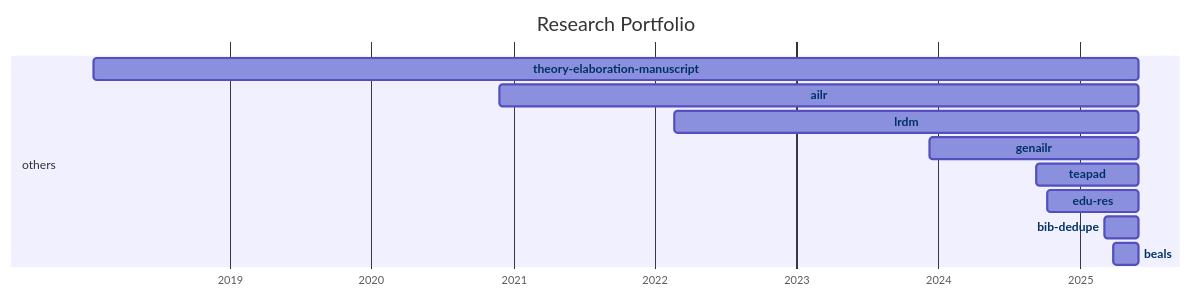
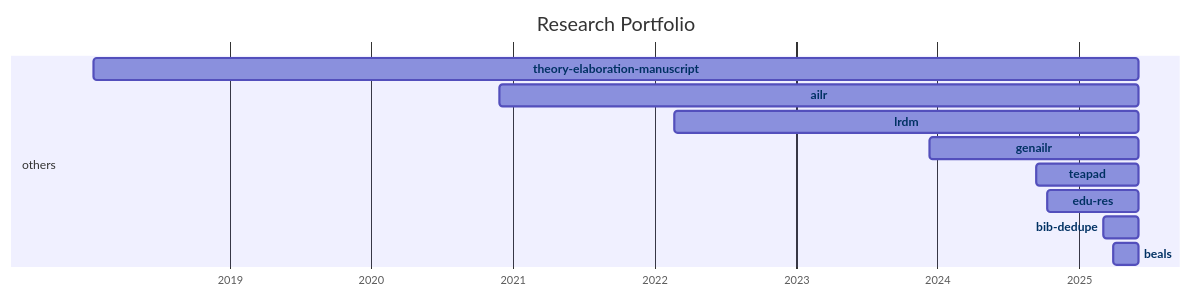
Before and after one commit to digital-work-lab/handbook: the diagram in docs/20-research/25-projects-gantt.md, drawn with Mermaid.

Commit message:
Update repository overview

````diff
--- a/docs/20-research/25-projects-gantt.md
+++ b/docs/20-research/25-projects-gantt.md
@@ -8,35 +8,35 @@
 ```mermaid
 ---
 displayMode: compact
 ---
 gantt
 title Research Portfolio
 dateFormat YYYY-MM-DD
 axisFormat %Y
 
     section work_practices
 
     section distributed_organizing
 
     section knowledge_synthesis
 
     section others
-        beals :beals, 2025-03-28, 2025-06-01
-        bib-dedupe :bib-dedupe, 2025-03-04, 2025-06-01
-        edu-res :edu-res, 2024-10-10, 2025-06-01
-        teapad :teapad, 2024-09-10, 2025-06-01
-        genailr :genailr, 2023-12-10, 2025-06-01
-        lrdm :lrdm, 2022-02-20, 2025-06-01
-        ailr :ailr, 2020-11-26, 2025-06-01
-        theory-elaboration-manuscript :theory-elaboration-manuscript, 2018-01-15, 2025-06-01
+        beals :beals, 2025-03-28, 2025-06-02
+        bib-dedupe :bib-dedupe, 2025-03-04, 2025-06-02
+        edu-res :edu-res, 2024-10-10, 2025-06-02
+        teapad :teapad, 2024-09-10, 2025-06-02
+        genailr :genailr, 2023-12-10, 2025-06-02
+        lrdm :lrdm, 2022-02-20, 2025-06-02
+        ailr :ailr, 2020-11-26, 2025-06-02
+        theory-elaboration-manuscript :theory-elaboration-manuscript, 2018-01-15, 2025-06-02
 
 
     click beals href "{{ site.baseurl }}/docs/20-research/25-projects/_repos/beals"
     click bib-dedupe href "{{ site.baseurl }}/docs/20-research/25-projects/_repos/bib-dedupe"
     click edu-res href "{{ site.baseurl }}/docs/20-research/25-projects/_repos/edu-res"
     click teapad href "{{ site.baseurl }}/docs/20-research/25-projects/_repos/teapad"
     click genailr href "{{ site.baseurl }}/docs/20-research/25-projects/_repos/genailr"
     click lrdm href "{{ site.baseurl }}/docs/20-research/25-projects/_repos/lrdm"
     click ailr href "{{ site.baseurl }}/docs/20-research/25-projects/_repos/ailr"
     click theory-elaboration-manuscript href "{{ site.baseurl }}/docs/20-research/25-projects/_repos/theory-elaboration-manuscript"
 ```
````
